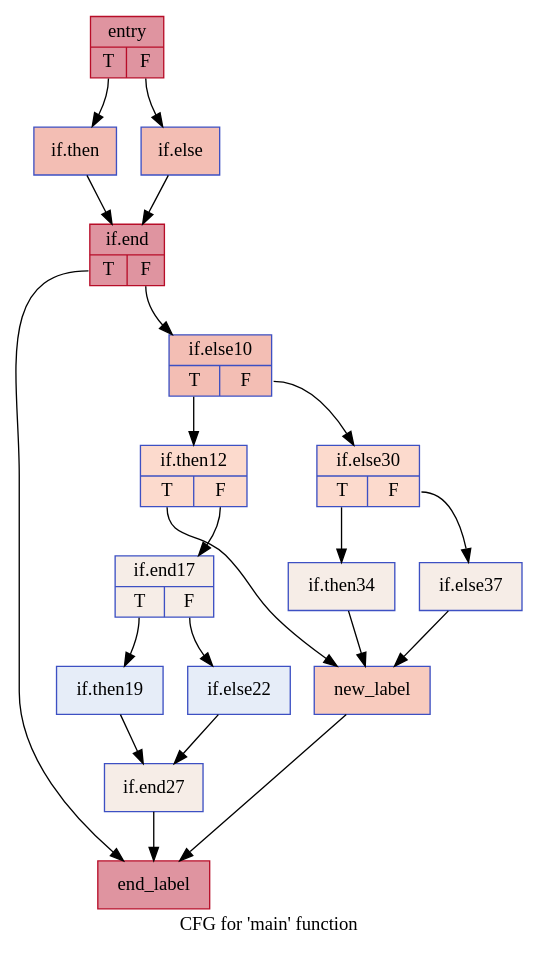
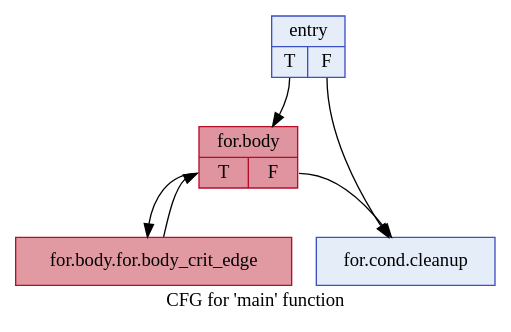
Before and after one commit to HPSSA-LLVM/HPSSA-LLVM: the diagram in BBProfiler/.main.dot, drawn with Graphviz. The commit also changed 11 other files, not shown here.

```diff
--- a/BBProfiler/.main.dot
+++ b/BBProfiler/.main.dot
@@ -1,39 +1,13 @@
 digraph "CFG for 'main' function" {
 	label="CFG for 'main' function";
 
-	Node0x558e20f02f60 [shape=record,color="#b70d28ff", style=filled, fillcolor="#b70d2870",label="{entry|{<s0>T|<s1>F}}"];
-	Node0x558e20f02f60:s0 -> Node0x558e20f06a00;
-	Node0x558e20f02f60:s1 -> Node0x558e20f06ab0;
-	Node0x558e20f06a00 [shape=record,color="#3d50c3ff", style=filled, fillcolor="#e36c5570",label="{if.then}"];
-	Node0x558e20f06a00 -> Node0x558e20f08560;
-	Node0x558e20f06ab0 [shape=record,color="#3d50c3ff", style=filled, fillcolor="#e36c5570",label="{if.else}"];
-	Node0x558e20f06ab0 -> Node0x558e20f08560;
-	Node0x558e20f08560 [shape=record,color="#b70d28ff", style=filled, fillcolor="#b70d2870",label="{if.end|{<s0>T|<s1>F}}"];
-	Node0x558e20f08560:s0 -> Node0x558e20f0b400;
-	Node0x558e20f08560:s1 -> Node0x558e20f0b480;
-	Node0x558e20f0b480 [shape=record,color="#3d50c3ff", style=filled, fillcolor="#e36c5570",label="{if.else10|{<s0>T|<s1>F}}"];
-	Node0x558e20f0b480:s0 -> Node0x558e20f0bb70;
-	Node0x558e20f0b480:s1 -> Node0x558e20f0bbc0;
-	Node0x558e20f0bb70 [shape=record,color="#3d50c3ff", style=filled, fillcolor="#f7ac8e70",label="{if.then12|{<s0>T|<s1>F}}"];
-	Node0x558e20f0bb70:s0 -> Node0x558e20f0cf80;
-	Node0x558e20f0bb70:s1 -> Node0x558e20f0d000;
-	Node0x558e20f0d000 [shape=record,color="#3d50c3ff", style=filled, fillcolor="#ead5c970",label="{if.end17|{<s0>T|<s1>F}}"];
-	Node0x558e20f0d000:s0 -> Node0x558e20f0ddd0;
-	Node0x558e20f0d000:s1 -> Node0x558e20f0de50;
-	Node0x558e20f0ddd0 [shape=record,color="#3d50c3ff", style=filled, fillcolor="#c7d7f070",label="{if.then19}"];
-	Node0x558e20f0ddd0 -> Node0x558e20f0ed30;
-	Node0x558e20f0de50 [shape=record,color="#3d50c3ff", style=filled, fillcolor="#c7d7f070",label="{if.else22}"];
-	Node0x558e20f0de50 -> Node0x558e20f0ed30;
-	Node0x558e20f0ed30 [shape=record,color="#3d50c3ff", style=filled, fillcolor="#ead5c970",label="{if.end27}"];
-	Node0x558e20f0ed30 -> Node0x558e20f0b400;
-	Node0x558e20f0bbc0 [shape=record,color="#3d50c3ff", style=filled, fillcolor="#f7ac8e70",label="{if.else30|{<s0>T|<s1>F}}"];
-	Node0x558e20f0bbc0:s0 -> Node0x558e20f13450;
-	Node0x558e20f0bbc0:s1 -> Node0x558e20f134d0;
-	Node0x558e20f13450 [shape=record,color="#3d50c3ff", style=filled, fillcolor="#ead5c970",label="{if.then34}"];
-	Node0x558e20f13450 -> Node0x558e20f0cf80;
-	Node0x558e20f134d0 [shape=record,color="#3d50c3ff", style=filled, fillcolor="#ead5c970",label="{if.else37}"];
-	Node0x558e20f134d0 -> Node0x558e20f0cf80;
-	Node0x558e20f0cf80 [shape=record,color="#3d50c3ff", style=filled, fillcolor="#ef886b70",label="{new_label}"];
-	Node0x558e20f0cf80 -> Node0x558e20f0b400;
-	Node0x558e20f0b400 [shape=record,color="#b70d28ff", style=filled, fillcolor="#b70d2870",label="{end_label}"];
+	Node0x5604edbfc010 [shape=record,color="#3d50c3ff", style=filled, fillcolor="#c5d6f270",label="{entry|{<s0>T|<s1>F}}"];
+	Node0x5604edbfc010:s0 -> Node0x5604edbff730;
+	Node0x5604edbfc010:s1 -> Node0x5604edbff840;
+	Node0x5604edbff840 [shape=record,color="#3d50c3ff", style=filled, fillcolor="#c5d6f270",label="{for.cond.cleanup}"];
+	Node0x5604edbff730 [shape=record,color="#b70d28ff", style=filled, fillcolor="#b70d2870",label="{for.body|{<s0>T|<s1>F}}"];
+	Node0x5604edbff730:s0 -> Node0x5604edc00160;
+	Node0x5604edbff730:s1 -> Node0x5604edbff840;
+	Node0x5604edc00160 [shape=record,color="#b70d28ff", style=filled, fillcolor="#bb1b2c70",label="{for.body.for.body_crit_edge}"];
+	Node0x5604edc00160 -> Node0x5604edbff730;
 }
```
